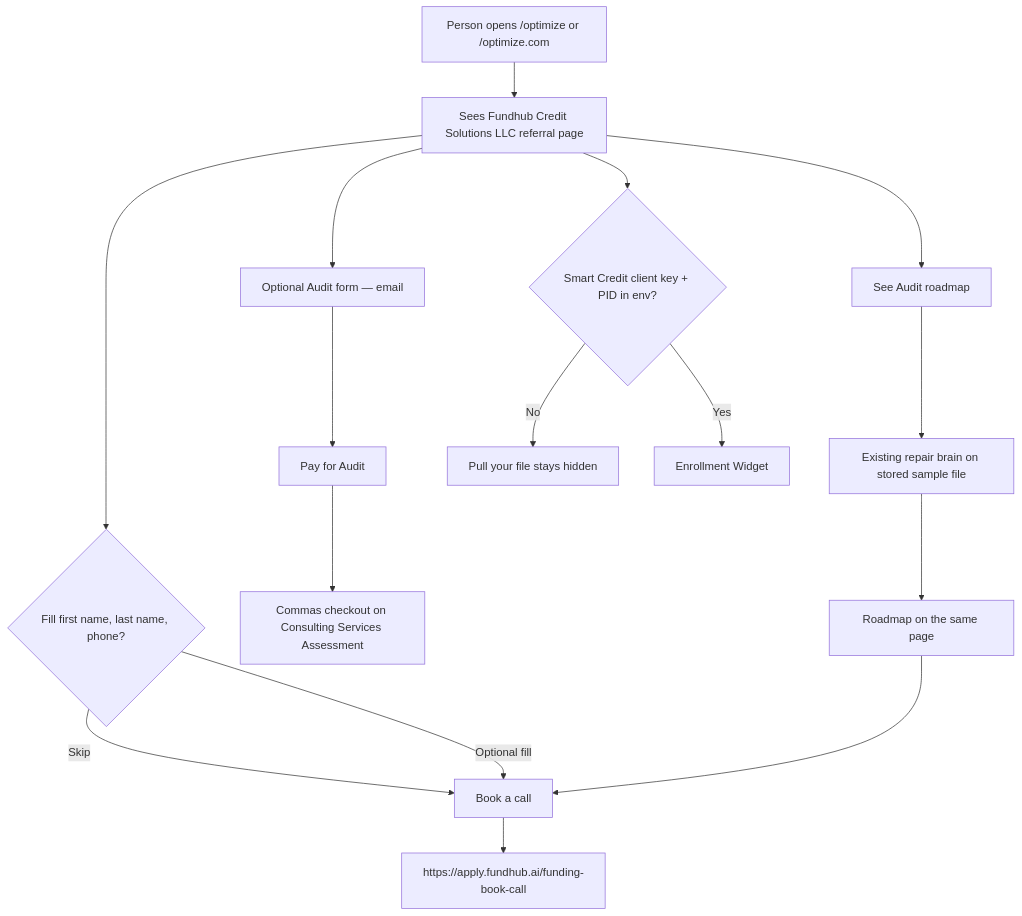
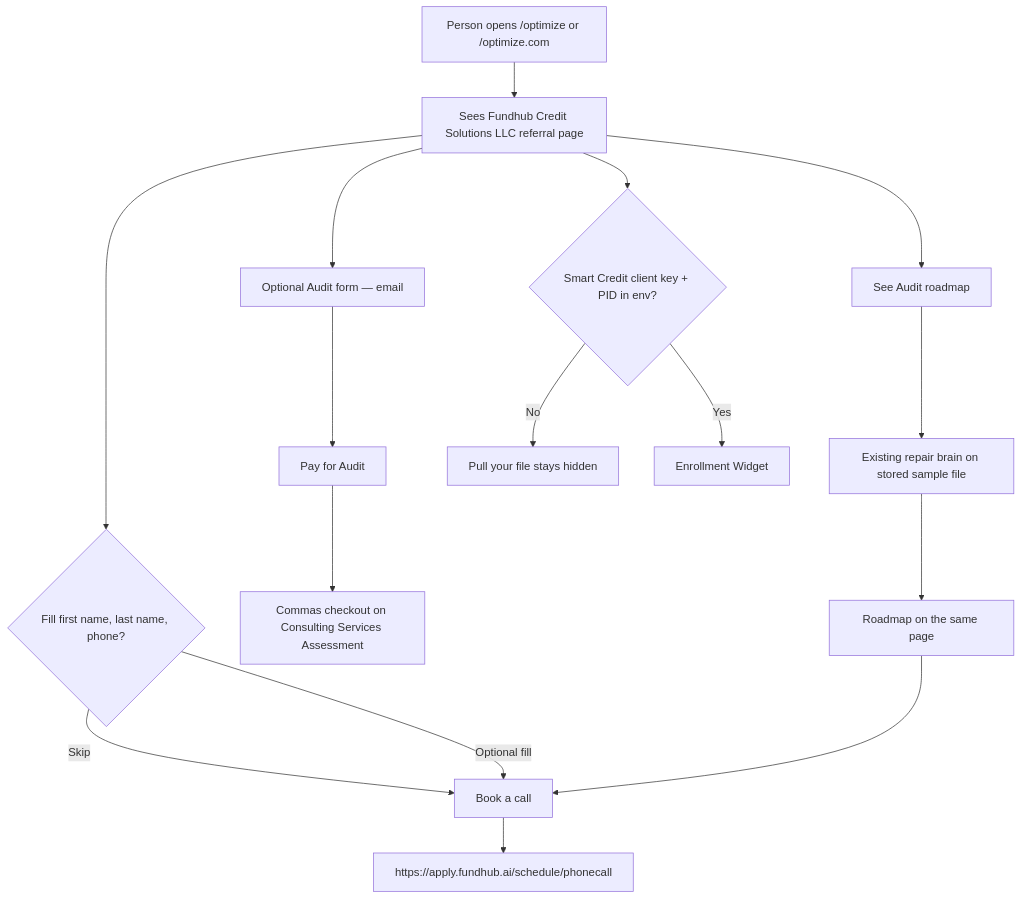
The diagram in docs/journeys/optimize-intended.md (ZootimusMaximusSupreme/Fundhub_ai), drawn with Mermaid before and after one commit. The commit also changed other lines of this file and 9 other files, not shown here.

First line of the commit message:
Point /optimize Book a call at the phonecall calendar.

````diff
--- a/docs/journeys/optimize-intended.md
+++ b/docs/journeys/optimize-intended.md
@@ -11,18 +11,18 @@
 ```mermaid
 flowchart TD
     OPEN[Person opens /optimize or /optimize.com] --> PAGE[Sees Fundhub Credit Solutions LLC referral page]
     PAGE --> NAME{Fill first name, last name, phone?}
     NAME -->|Skip| BOOK[Book a call]
     NAME -->|Optional fill| BOOK
-    BOOK --> CAL[https://apply.fundhub.ai/funding-book-call]
+    BOOK --> CAL[https://apply.fundhub.ai/schedule/phonecall]
     PAGE --> AUDIT[Optional Audit form — email]
     AUDIT --> PAY[Pay for Audit]
     PAY --> COMMAS[Commas checkout on Consulting Services Assessment]
     PAGE --> MAP[See Audit roadmap]
     MAP --> BRAIN[Existing repair brain on stored sample file]
     BRAIN --> PLAN[Roadmap on the same page]
     PLAN --> BOOK
     PAGE --> FILE{Smart Credit client key + PID in env?}
     FILE -->|No| HIDE[Pull your file stays hidden]
     FILE -->|Yes| WIDGET[Enrollment Widget]
 ```
````
